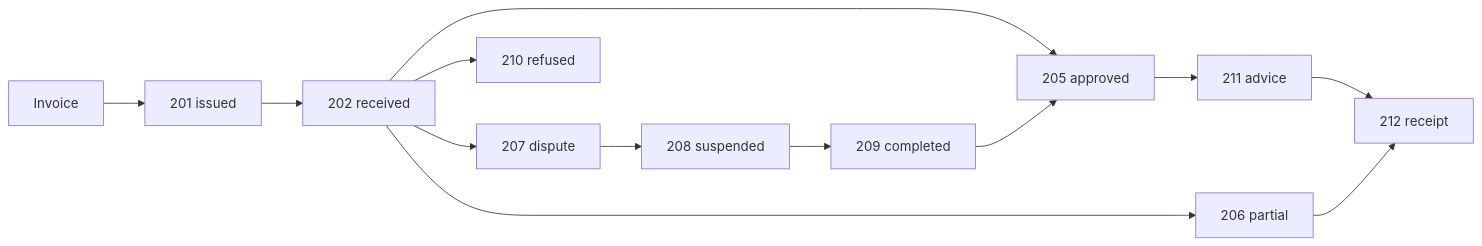
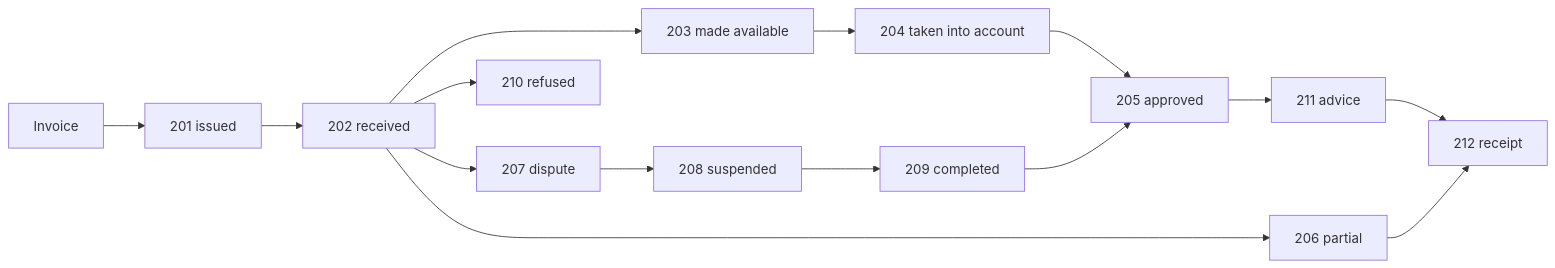
One commit to invopop/docs.invopop.com changed the diagram in guides/fr-pa-status.mdx. Above: the diagram before and after it, drawn with Mermaid. The commit also changed other lines of this file and 1 other file, not shown here.

````diff
--- a/guides/fr-pa-status.mdx
+++ b/guides/fr-pa-status.mdx
@@ -42,15 +42,17 @@
 ```mermaid
 flowchart LR
     I[Invoice] --> S201[201 issued]
     S201 --> S202[202 received]
-    S202 --> S205[205 approved]
+    S202 --> S203[203 made available]
+    S203 --> S204[204 taken into account]
+    S204 --> S205[205 approved]
     S202 --> S206[206 partial]
     S202 --> S207[207 dispute]
     S202 --> S210[210 refused]
     S207 --> S208[208 suspended]
     S208 --> S209[209 completed]
     S209 --> S205
     S205 --> P211[211 advice]
     P211 --> P212[212 receipt]
     S206 --> P212
 ```
````
